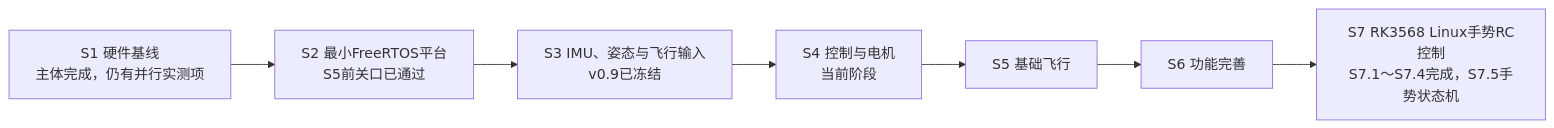
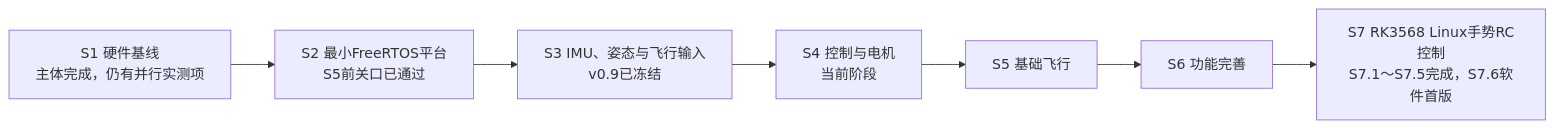
One commit to weiguang0423/getfun-f722-freertos changed the diagram in Docs/00_项目开发路线与统一进度.md. Above: the diagram before and after it, drawn with Mermaid. The commit also changed other lines of this file and 15 other files, not shown here.

````diff
--- a/Docs/00_项目开发路线与统一进度.md
+++ b/Docs/00_项目开发路线与统一进度.md
@@ -98,12 +98,12 @@
 ```mermaid
 flowchart LR
     S1["S1 硬件基线<br/>主体完成，仍有并行实测项"]
     S2["S2 最小FreeRTOS平台<br/>S5前关口已通过"]
     S3["S3 IMU、姿态与飞行输入<br/>v0.9已冻结"]
     S4["S4 控制与电机<br/>当前阶段"]
     S5["S5 基础飞行"]
     S6["S6 功能完善"]
-    S7["S7 RK3568 Linux手势RC控制<br/>S7.1～S7.4完成，S7.5手势状态机"]
+    S7["S7 RK3568 Linux手势RC控制<br/>S7.1～S7.5完成，S7.6软件首版"]
 
     S1 --> S2 --> S3 --> S4 --> S5 --> S6 --> S7
 ```
````
